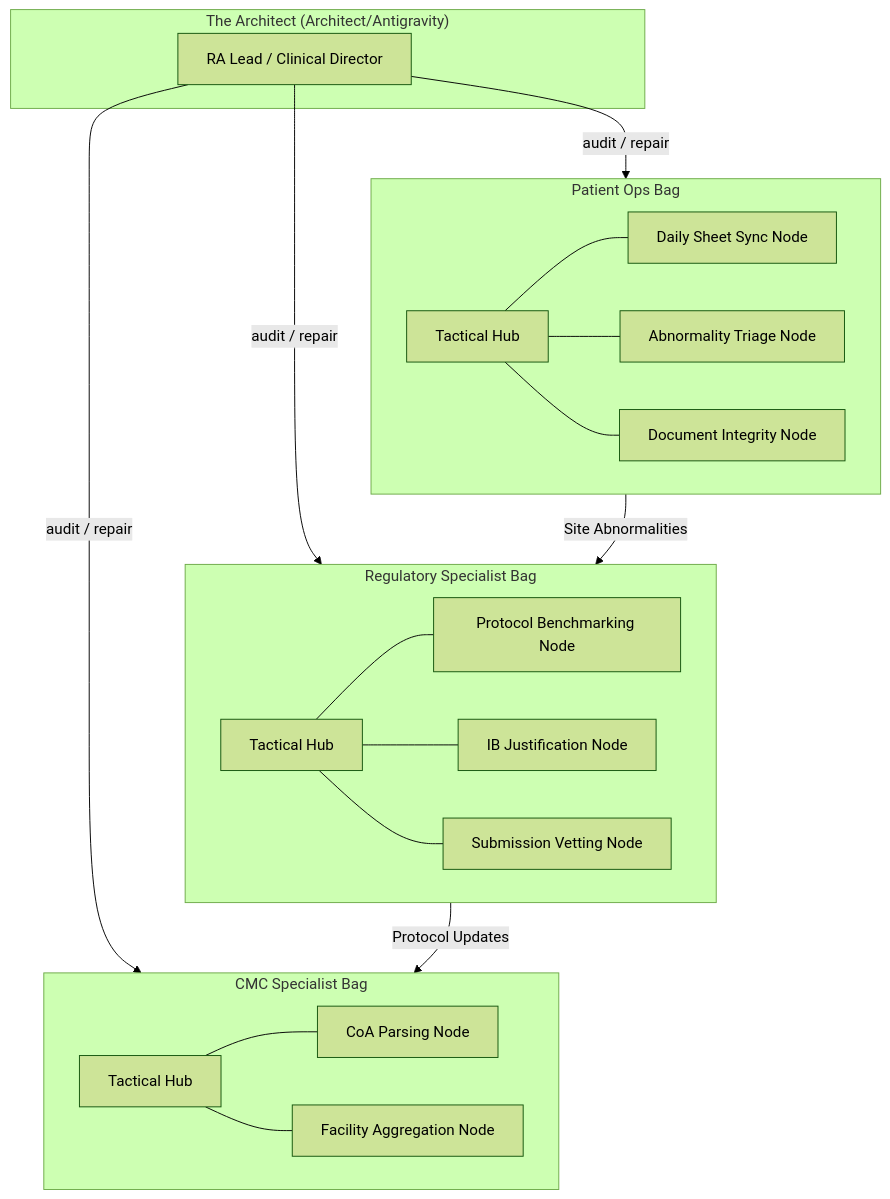
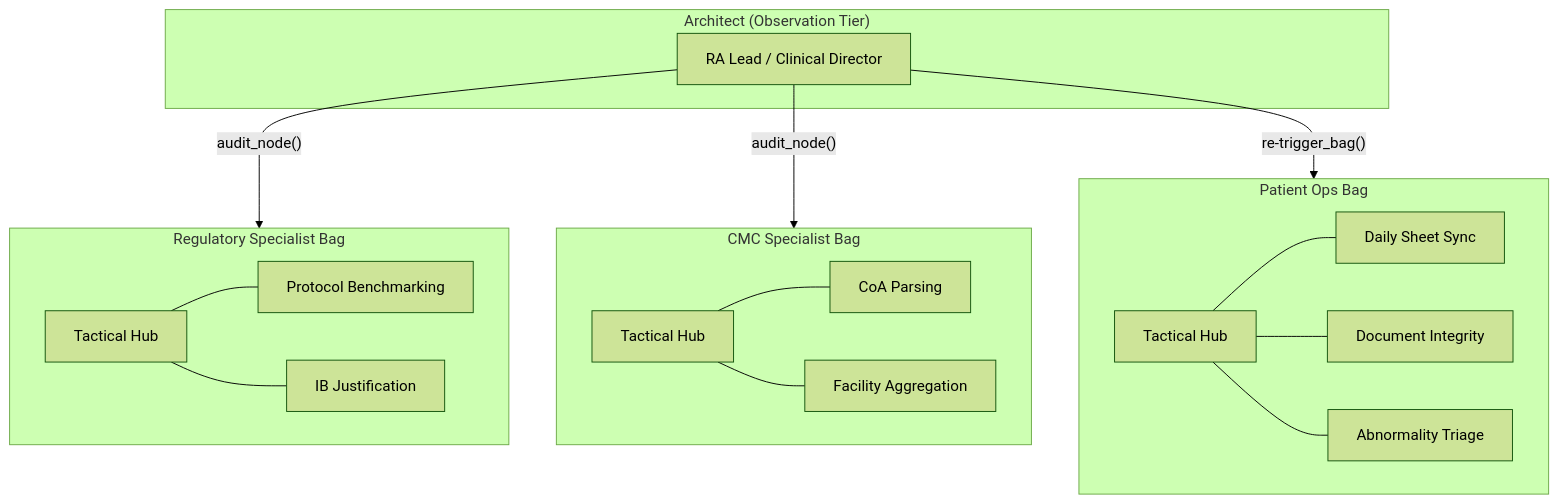
One commit to aaronjrod/clawgraph changed the diagram in examples/cto/ARCHITECTURE.md. Above: the diagram before and after it, drawn with Mermaid (forest theme). The commit also changed other lines of this file and 12 other files, not shown here.

````diff
--- a/examples/cto/ARCHITECTURE.md
+++ b/examples/cto/ARCHITECTURE.md
@@ -8,41 +8,36 @@
 ```mermaid
 graph TD
-    subgraph "The Architect (Architect/Antigravity)"
+    subgraph "Architect (Observation Tier)"
         SO[RA Lead / Clinical Director]
     end
 
-    SO -- "audit / repair" --> REG_BAG
-    SO -- "audit / repair" --> CMC_BAG
-    SO -- "audit / repair" --> OPS_BAG
+    SO -- "audit_node()" --> REG_BAG
+    SO -- "audit_node()" --> CMC_BAG
+    SO -- "re-trigger_bag()" --> OPS_BAG
 
     subgraph REG_BAG ["Regulatory Specialist Bag"]
         OR_REG[Tactical Hub]
-        N_REG1[Protocol Benchmarking Node]
-        N_REG2[IB Justification Node]
-        N_REG3[Submission Vetting Node]
+        N_REG1[Protocol Benchmarking]
+        N_REG2[IB Justification]
         OR_REG --- N_REG1
         OR_REG --- N_REG2
-        OR_REG --- N_REG3
     end
 
     subgraph CMC_BAG ["CMC Specialist Bag"]
         OR_CMC[Tactical Hub]
-        N_CMC1[CoA Parsing Node]
-        N_CMC2[Facility Aggregation Node]
+        N_CMC1[CoA Parsing]
+        N_CMC2[Facility Aggregation]
         OR_CMC --- N_CMC1
         OR_CMC --- N_CMC2
     end
 
     subgraph OPS_BAG ["Patient Ops Bag"]
         OR_OPS[Tactical Hub]
-        N_OPS1[Daily Sheet Sync Node]
-        N_OPS2[Abnormality Triage Node]
-        N_OPS3[Document Integrity Node]
+        N_OPS1[Daily Sheet Sync]
+        N_OPS2[Document Integrity]
+        N_OPS3[Abnormality Triage]
         OR_OPS --- N_OPS1
         OR_OPS --- N_OPS2
         OR_OPS --- N_OPS3
     end
-
-    OPS_BAG -- "Site Abnormalities" --> REG_BAG
-    REG_BAG -- "Protocol Updates" --> CMC_BAG
 ```
````
